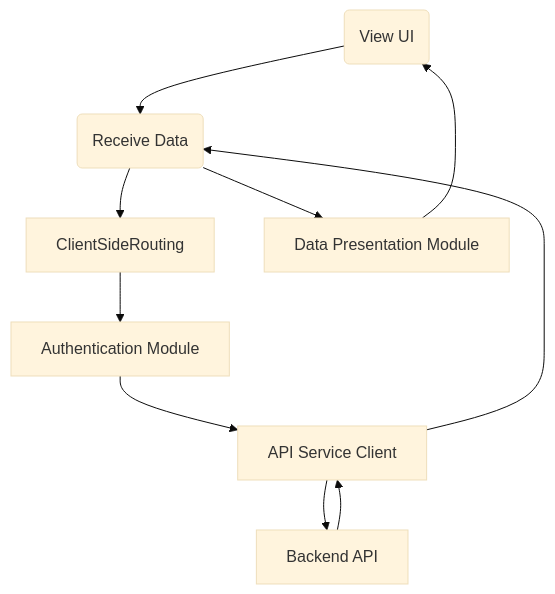
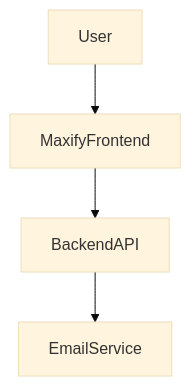
One commit to test-company-prowiz/maxify_frontend changed the diagram in docs/REPOSITORY_OVERVIEW.md. Above: the diagram before and after it, drawn with Mermaid (base theme). The commit also changed other lines of this file and 1 other file, not shown here.

````diff
--- a/docs/REPOSITORY_OVERVIEW.md
+++ b/docs/REPOSITORY_OVERVIEW.md
@@ -45,12 +50,6 @@
 ```mermaid
 graph TD
-User --> FrontendApplication
-FrontendApplication --> ClientSideRouting
-ClientSideRouting --> AuthenticationModule[Authentication Module]
-AuthenticationModule --> ApiServiceClient[API Service Client]
-ApiServiceClient --> BackendAPI[Backend API]
-BackendAPI --> ApiServiceClient
-ApiServiceClient --> FrontendApplication(Receive Data)
-FrontendApplication --> DataPresentation[Data Presentation Module]
-DataPresentation --> User(View UI)
+User[User] --> MaxifyFrontend[MaxifyFrontend];
+MaxifyFrontend --> BackendAPI[BackendAPI];
+BackendAPI --> EmailService[EmailService];
 ```
````
